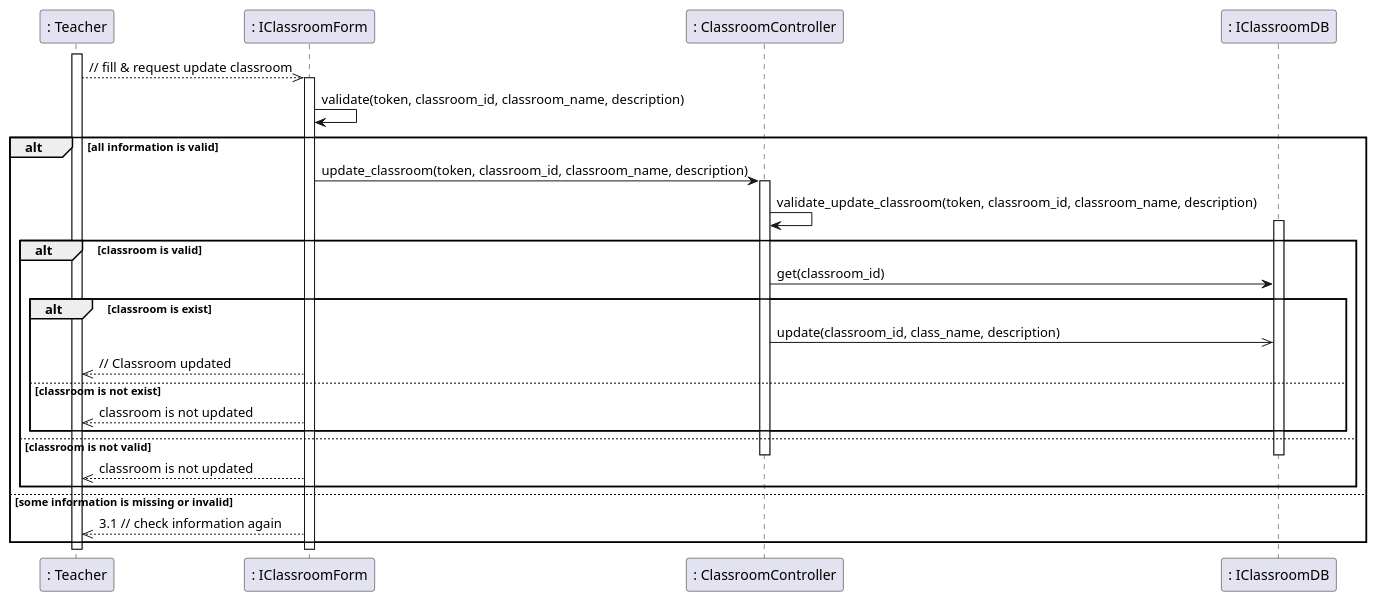
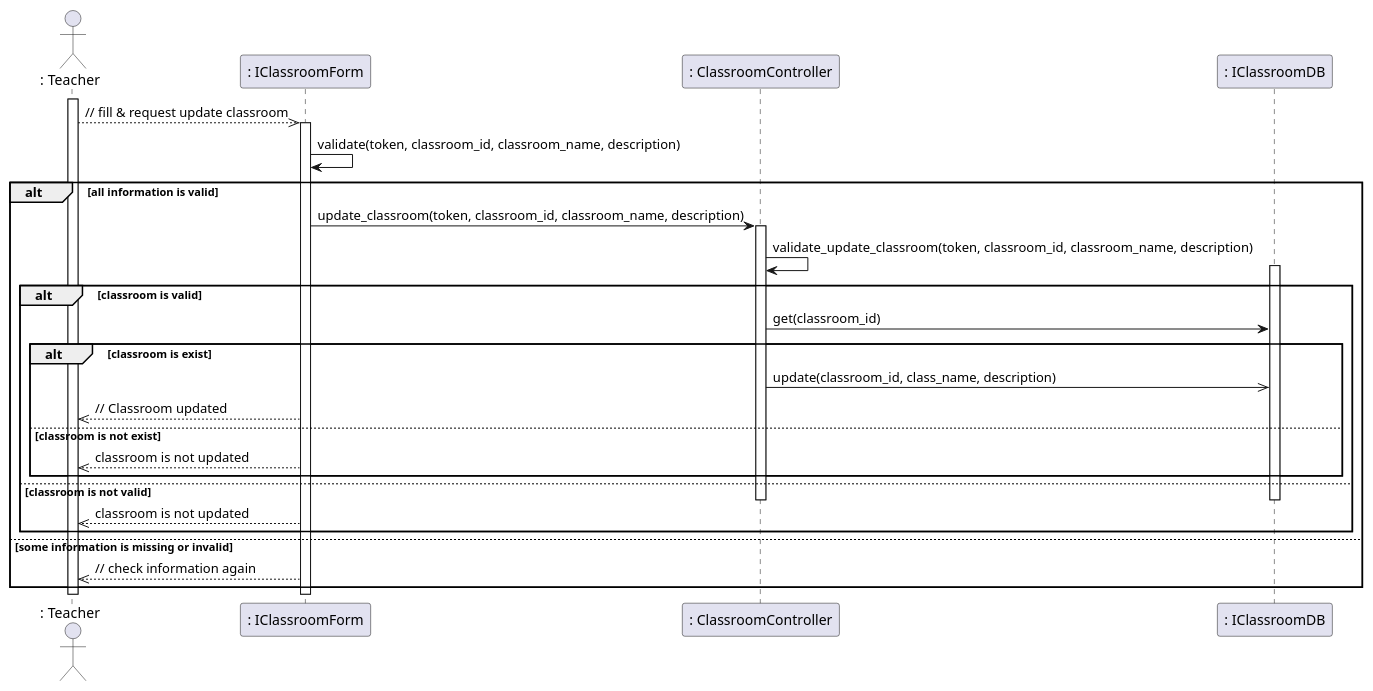
One commit to anonyhostvn/OOAD-Diagram changed the diagram in sequence - design/classroom/updateClass.plantuml. Above: the diagram before and after it, drawn with PlantUML. The commit also changed 7 other files, not shown here.

Commit message:
fix sequence design actor icon _ 1

```diff
--- a/sequence - design/classroom/updateClass.plantuml
+++ b/sequence - design/classroom/updateClass.plantuml
@@ -1,32 +1,32 @@
 @startuml updateClass
-
+actor ": Teacher"
 activate ": Teacher"
 ": Teacher" -->> ": IClassroomForm": // fill & request update classroom
 activate ": IClassroomForm"
 ": IClassroomForm" -> ": IClassroomForm": validate(token, classroom_id, classroom_name, description)
 alt all information is valid
     ": IClassroomForm" -> ": ClassroomController": update_classroom(token, classroom_id, classroom_name, description)
     activate ": ClassroomController"
     ": ClassroomController" -> ": ClassroomController": validate_update_classroom(token, classroom_id, classroom_name, description)
     activate ": IClassroomDB"
     alt classroom is valid
         ": ClassroomController" -> ": IClassroomDB": get(classroom_id)
         alt classroom is exist
             ": ClassroomController" ->> ": IClassroomDB": update(classroom_id, class_name, description)
             ": IClassroomForm" -->> ": Teacher": // Classroom updated
         else classroom is not exist
             ": IClassroomForm" -->> ": Teacher": classroom is not updated
         end
     else classroom is not valid
         deactivate ": IClassroomDB"
         deactivate ": ClassroomController"
         ": IClassroomForm" -->> ": Teacher": classroom is not updated
     end
 else some information is missing or invalid
-    ": IClassroomForm" -->> ": Teacher": 3.1 // check information again
+    ": IClassroomForm" -->> ": Teacher": // check information again
 end
 
 deactivate ": IClassroomForm"
 deactivate ": Teacher"
 
 @enduml
```
